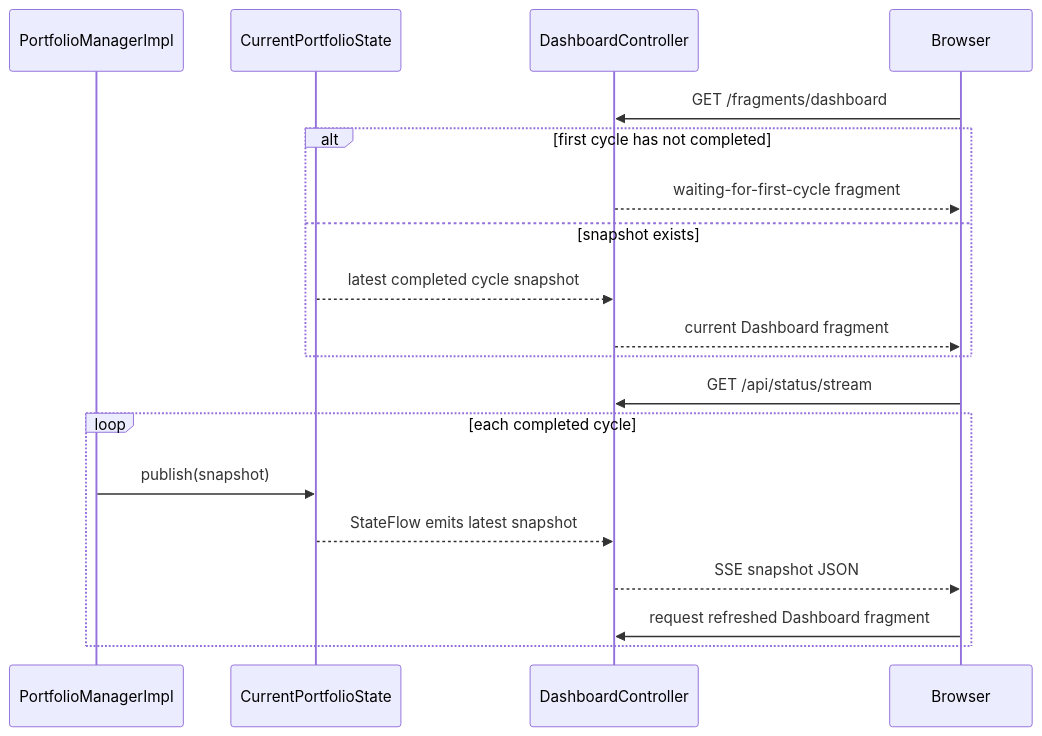
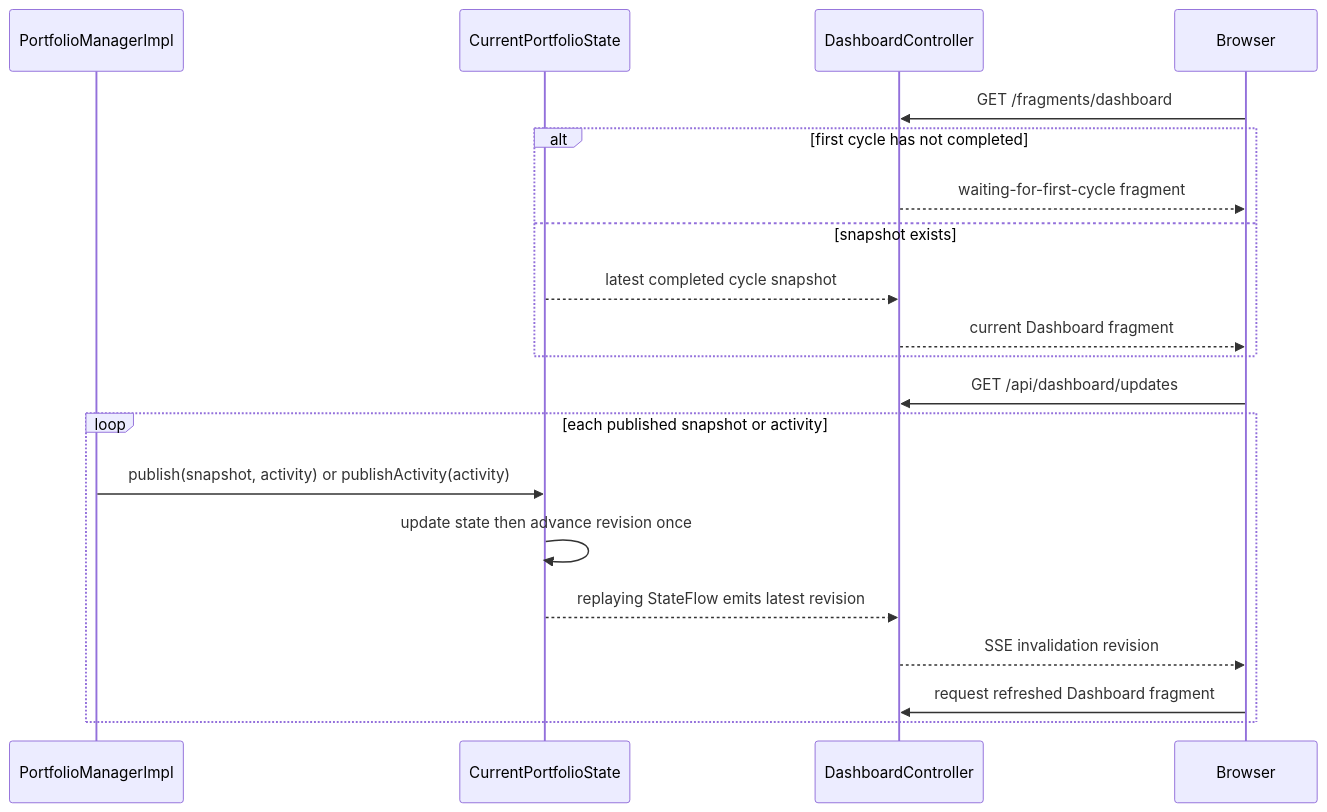
The third of 3 diagrams in docs/FLOWS.md (HyperVon/new-kraken-rebalancer), drawn with Mermaid before and after one commit. The commit also changed other lines of this file and 20 other files, not shown here.

````diff
--- a/docs/FLOWS.md
+++ b/docs/FLOWS.md
@@ -100,23 +101,24 @@
 ```mermaid
 sequenceDiagram
     participant PM as PortfolioManagerImpl
     participant State as CurrentPortfolioState
     participant Controller as DashboardController
     participant Browser
 
     Browser->>Controller: GET /fragments/dashboard
     alt first cycle has not completed
         Controller-->>Browser: waiting-for-first-cycle fragment
     else snapshot exists
         State-->>Controller: latest completed cycle snapshot
         Controller-->>Browser: current Dashboard fragment
     end
 
-    Browser->>Controller: GET /api/status/stream
-    loop each completed cycle
-        PM->>State: publish(snapshot)
-        State-->>Controller: StateFlow emits latest snapshot
-        Controller-->>Browser: SSE snapshot JSON
+    Browser->>Controller: GET /api/dashboard/updates
+    loop each published snapshot or activity
+        PM->>State: publish(snapshot, activity) or publishActivity(activity)
+        State->>State: update state then advance revision once
+        State-->>Controller: replaying StateFlow emits latest revision
+        Controller-->>Browser: SSE invalidation revision
         Browser->>Controller: request refreshed Dashboard fragment
     end
 ```
````
